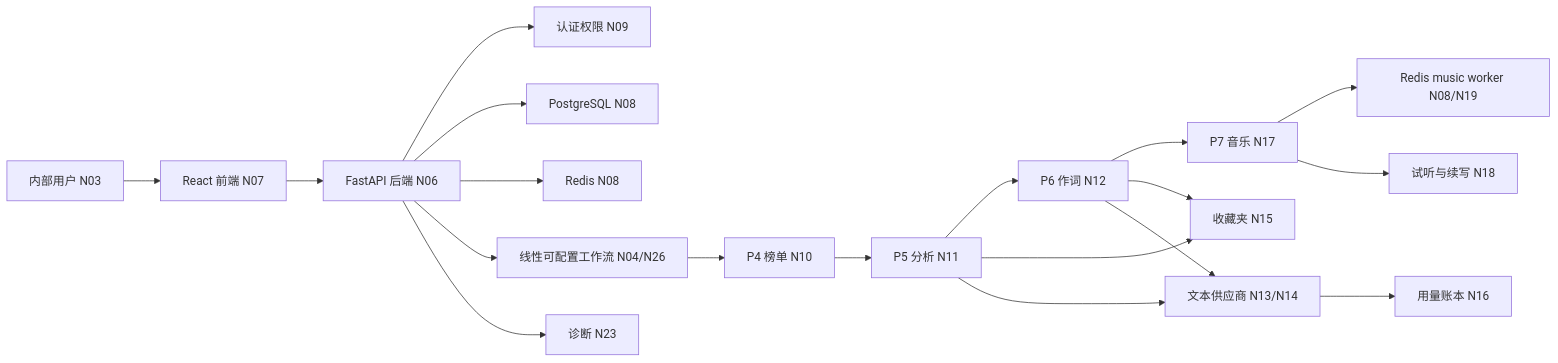
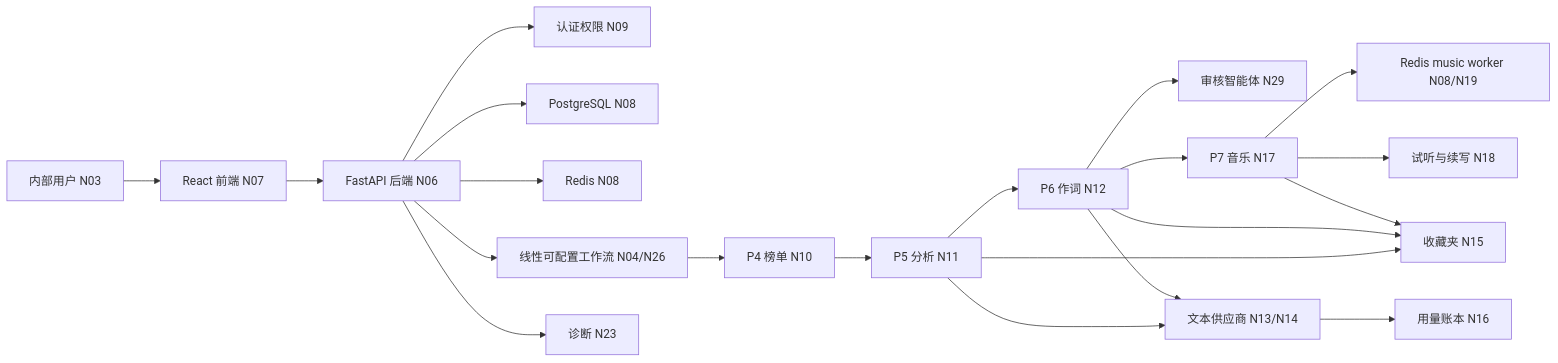
Before and after one commit to sunjiaxing520/SunJX: the diagram in docs/notes/蓝乐_当前上下文速记.md, drawn with Mermaid. The commit also changed other lines of this file and 52 other files, not shown here.

Commit message:
Add creative review and music workflow controls

````diff
--- a/docs/notes/蓝乐_当前上下文速记.md
+++ b/docs/notes/蓝乐_当前上下文速记.md
@@ -66,21 +67,23 @@
 ```mermaid
 flowchart LR
     User["内部用户 N03"] --> UI["React 前端 N07"]
     UI --> API["FastAPI 后端 N06"]
     API --> Auth["认证权限 N09"]
     API --> DB["PostgreSQL N08"]
     API --> Redis["Redis N08"]
     API --> Flow["线性可配置工作流 N04/N26"]
     Flow --> Rank["P4 榜单 N10"]
     Rank --> Analysis["P5 分析 N11"]
     Analysis --> Lyrics["P6 作词 N12"]
+    Lyrics --> Review["审核智能体 N29"]
     Lyrics --> Music["P7 音乐 N17"]
     Music --> RedisWorker["Redis music worker N08/N19"]
     Music --> Audition["试听与续写 N18"]
     Analysis --> Favorite["收藏夹 N15"]
     Lyrics --> Favorite
+    Music --> Favorite
     Analysis --> Provider["文本供应商 N13/N14"]
     Lyrics --> Provider
     Provider --> Usage["用量账本 N16"]
     API --> Diagnostics["诊断 N23"]
 ```
````
